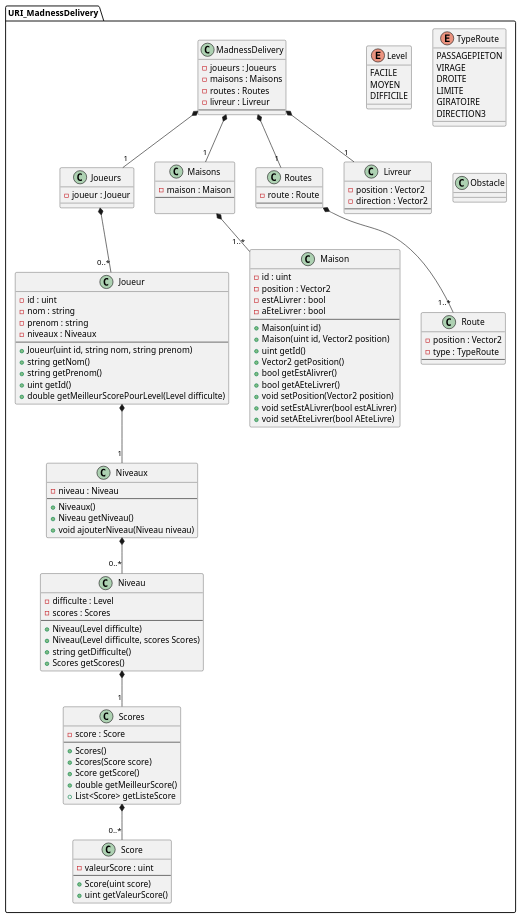
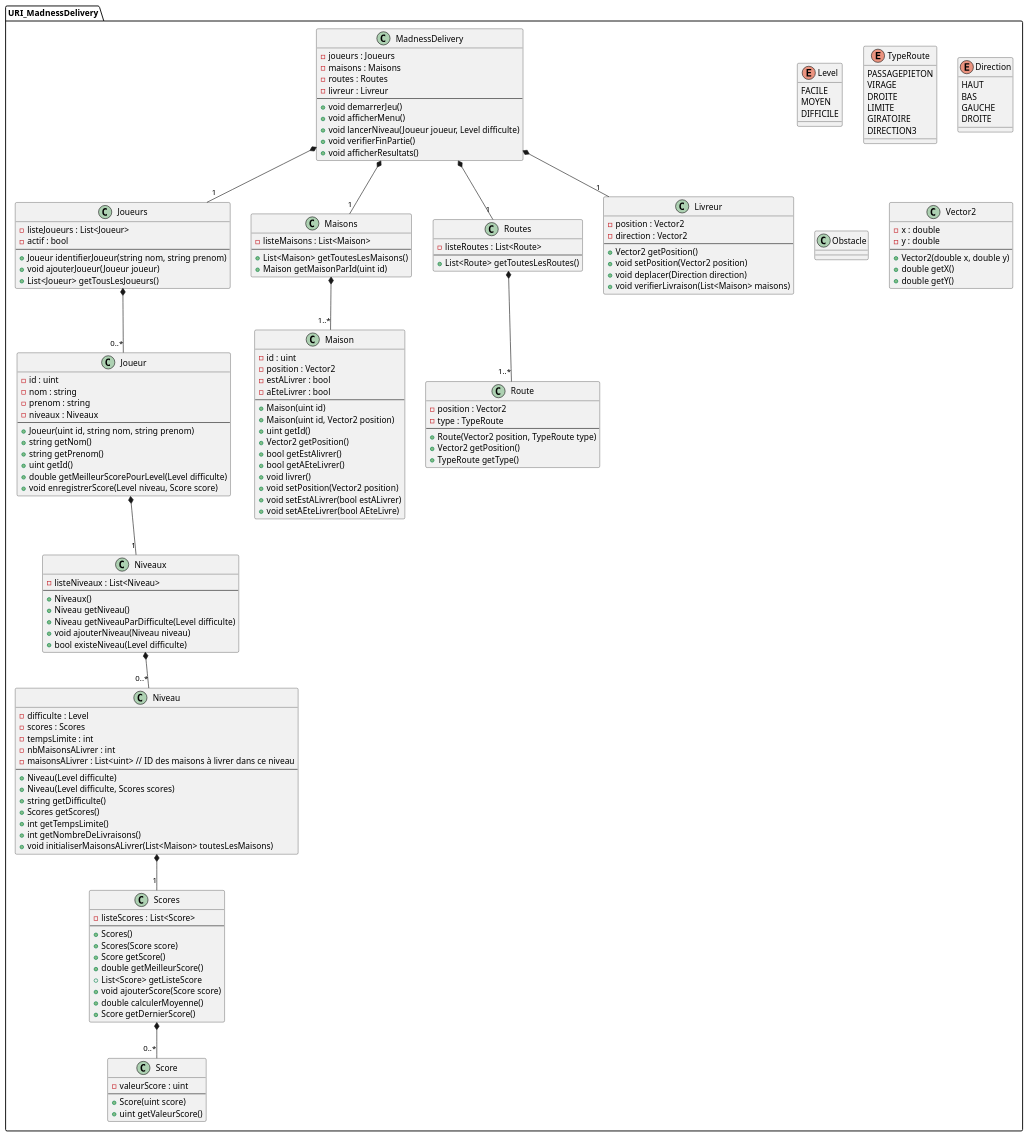
Before and after one commit to AliouGN224/MadnessDelivery: the diagram in data/UML/madnessDelivery_ClassDiagram.puml, drawn with PlantUML. The commit also changed 2 other files, not shown here.

Commit message:
Diagramme de seq

```diff
--- a/data/UML/madnessDelivery_ClassDiagram.puml
+++ b/data/UML/madnessDelivery_ClassDiagram.puml
@@ -1,141 +1,189 @@
 @startuml
 
 namespace URI_MadnessDelivery {
 
 class Joueurs{
-    - joueur : Joueur
+    - listeJoueurs : List<Joueur>
+    - actif : bool
+    ---
+    + Joueur identifierJoueur(string nom, string prenom)
+    + void ajouterJoueur(Joueur joueur)
+    + List<Joueur> getTousLesJoueurs()
 }
 
 class Joueur {
     - id : uint
     - nom : string
     - prenom : string
     - niveaux : Niveaux
     ---
     + Joueur(uint id, string nom, string prenom)
     + string getNom()
     + string getPrenom()
     + uint getId()
     + double getMeilleurScorePourLevel(Level difficulte)
+    + void enregistrerScore(Level niveau, Score score)
 }
 
 class Niveaux{
-    - niveau : Niveau
+    - listeNiveaux : List<Niveau>
     ---
     + Niveaux()
     + Niveau getNiveau()
+    + Niveau getNiveauParDifficulte(Level difficulte)
     + void ajouterNiveau(Niveau niveau)
+    + bool existeNiveau(Level difficulte)
 }
 
 class Niveau{
     - difficulte : Level
     - scores : Scores
+    - tempsLimite : int
+    - nbMaisonsALivrer : int
+    - maisonsALivrer : List<uint> // ID des maisons à livrer dans ce niveau
     ---
     + Niveau(Level difficulte)
-    + Niveau(Level difficulte, scores Scores)
+    + Niveau(Level difficulte, Scores scores)
     + string getDifficulte()
     + Scores getScores()
+    + int getTempsLimite()
+    + int getNombreDeLivraisons()
+    + void initialiserMaisonsALivrer(List<Maison> toutesLesMaisons)
 }
 
 class Scores{
-    - score : Score
+    - listeScores : List<Score>
     ---
     + Scores()
     + Scores(Score score)
     + Score getScore()
     + double getMeilleurScore()
     + List<Score> getListeScore
+    + void ajouterScore(Score score)
+    + double calculerMoyenne()
+    + Score getDernierScore()
 }
 
 class Score{
     - valeurScore : uint
     ---
     + Score(uint score)
     + uint getValeurScore()
 }
 
 enum Level{
     FACILE
     MOYEN
     DIFFICILE
 }
 
 class Maisons{
-    - maison : Maison
+    - listeMaisons : List<Maison>
     ---
-    
+    + List<Maison> getToutesLesMaisons()
+    + Maison getMaisonParId(uint id)
 }
 
 class Maison{
     - id : uint
     - position : Vector2
     - estALivrer : bool
     - aEteLivrer : bool
     ---
     + Maison(uint id)
     + Maison(uint id, Vector2 position)
     + uint getId()
     + Vector2 getPosition()
     + bool getEstAlivrer()
     + bool getAEteLivrer()
+    + void livrer()
     + void setPosition(Vector2 position)
     + void setEstALivrer(bool estALivrer)
     + void setAEteLivrer(bool AEteLivre)
 }
 
 class Routes{
-    - route : Route
+    - listeRoutes : List<Route>
     ---
+    + List<Route> getToutesLesRoutes()
 }
 
 class Route{
     - position : Vector2
     - type : TypeRoute
     ---
+    + Route(Vector2 position, TypeRoute type)
+    + Vector2 getPosition()
+    + TypeRoute getType()
 }
 
 enum TypeRoute{
     PASSAGEPIETON
     VIRAGE
     DROITE
     LIMITE
     GIRATOIRE
     DIRECTION3
 }
 
 class Livreur{
     - position : Vector2
     - direction : Vector2
     ---
+    + Vector2 getPosition()
+    + void setPosition(Vector2 position)
+    + void deplacer(Direction direction)
+    + void verifierLivraison(List<Maison> maisons)
+}
+
+enum Direction {
+    HAUT
+    BAS
+    GAUCHE
+    DROITE
 }
 
 class Obstacle{
 
 }
 
 class MadnessDelivery {
     - joueurs : Joueurs
     - maisons : Maisons
     - routes : Routes
     - livreur : Livreur
     ---
+    + void demarrerJeu()
+    + void afficherMenu()
+    + void lancerNiveau(Joueur joueur, Level difficulte)
+    + void verifierFinPartie()
+    + void afficherResultats()
+}
+
+class Vector2 {
+    - x : double
+    - y : double
+    ---
+    + Vector2(double x, double y)
+    + double getX()
+    + double getY()
 }
 
 
 MadnessDelivery *-- "1" Joueurs
 MadnessDelivery *-- "1" Maisons
 MadnessDelivery *-- "1" Routes
 MadnessDelivery *-- "1" Livreur
 
 Joueurs *-- "0..*" Joueur
 Maisons *-- "1..*" Maison
 Routes *-- "1..*" Route
 
 Joueur *-- "1" Niveaux
 Niveaux *-- "0..*" Niveau
 Niveau *-- "1" Scores
 Scores *-- "0..*" Score
 
 
 }
 @enduml
```
